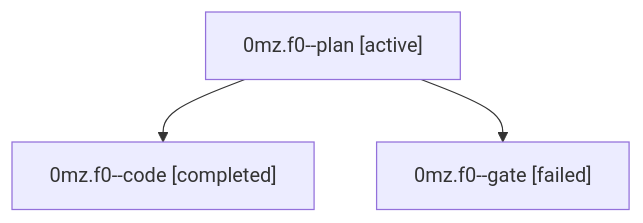
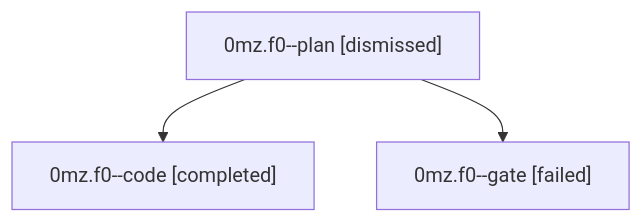
The diagram in sessions/bbugyi200.athena.0mz.f0.md (bobs-org/bob-cli--agents), drawn with Mermaid before and after one commit. The commit also changed other lines of this file and 33 other files, not shown here.

````diff
--- a/sessions/bbugyi200.athena.0mz.f0.md
+++ b/sessions/bbugyi200.athena.0mz.f0.md
@@ -9,8 +9,8 @@
 ```mermaid
 flowchart TD
-  n0["0mz.f0--plan [active]"]
+  n0["0mz.f0--plan [dismissed]"]
   n1["0mz.f0--code [completed]"]
   n0 --> n1
   n2["0mz.f0--gate [failed]"]
   n0 --> n2
 ```
````
